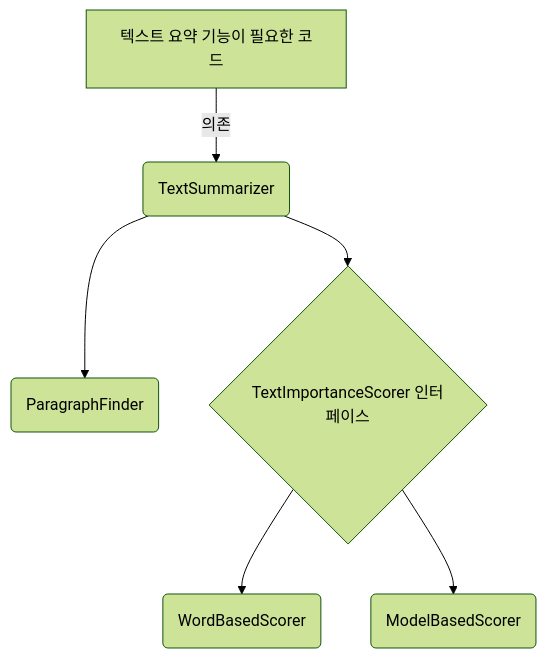
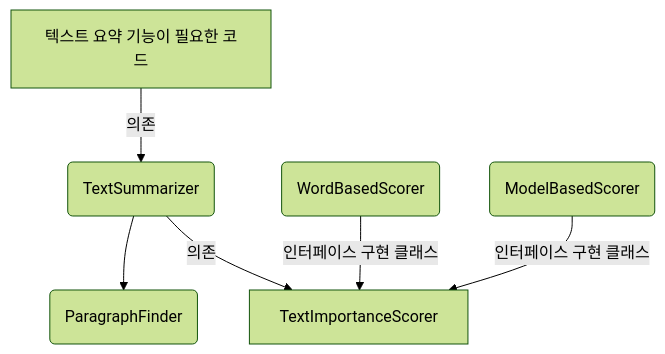
Before and after one commit to gitchannn/studeeeeeeee: the third of 3 diagrams in 좋은코드_나쁜코드/2_추상화계층.md, drawn with Mermaid (forest theme).

````diff
--- a/좋은코드_나쁜코드/2_추상화계층.md
+++ b/좋은코드_나쁜코드/2_추상화계층.md
@@ -85,9 +85,9 @@
 ```mermaid
 graph TD
 A[텍스트 요약 기능이 필요한 코드]
 A --> |의존| B(TextSummarizer)
 B --> C(ParagraphFinder) 
-B --> D{TextImportanceScorer 인터페이스}
-D --> E(WordBasedScorer)
-D --> F(ModelBasedScorer)
+B --> |의존| D[TextImportanceScorer]
+E(WordBasedScorer) --> |인터페이스 구현 클래스| D
+F(ModelBasedScorer) --> |인터페이스 구현 클래스| D
 ```
````
